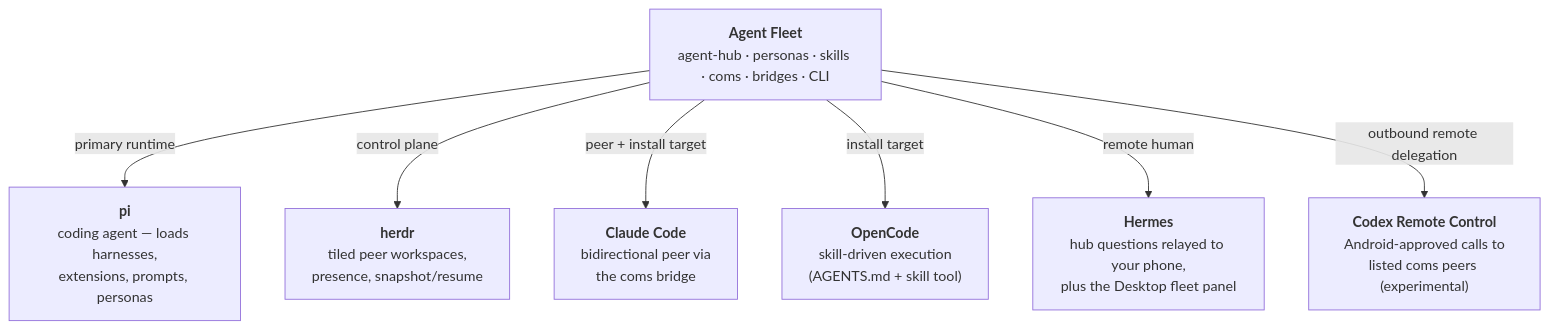
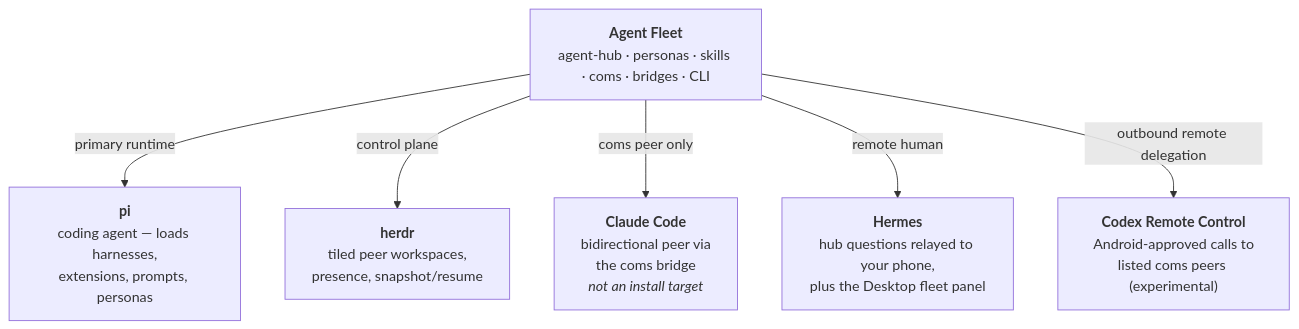
One commit to chankov/agent-fleet changed the second of 2 diagrams in .versions/0.0.11/docs/ARCHITECTURE.md. Above: the diagram before and after it, drawn with Mermaid. The commit also changed other lines of this file and 173 other files, not shown here.

````diff
--- a/.versions/0.0.11/docs/ARCHITECTURE.md
+++ b/.versions/0.0.11/docs/ARCHITECTURE.md
@@ -167,10 +167,9 @@
 ```mermaid
 flowchart TD
     AF["<b>Agent Fleet</b><br/>agent-hub · personas · skills · coms · bridges · CLI"]
     AF -->|primary runtime| PI["<b>pi</b><br/>coding agent — loads harnesses,<br/>extensions, prompts, personas"]
     AF -->|control plane| HERDR["<b>herdr</b><br/>tiled peer workspaces,<br/>presence, snapshot/resume"]
-    AF -->|peer + install target| CC["<b>Claude Code</b><br/>bidirectional peer via<br/>the coms bridge"]
-    AF -->|install target| OC["<b>OpenCode</b><br/>skill-driven execution<br/>(AGENTS.md + skill tool)"]
+    AF -->|coms peer only| CC["<b>Claude Code</b><br/>bidirectional peer via<br/>the coms bridge<br/><i>not an install target</i>"]
     AF -->|remote human| HERMES["<b>Hermes</b><br/>hub questions relayed to your phone,<br/>plus the Desktop fleet panel"]
     AF -->|outbound remote delegation| CODEX["<b>Codex Remote Control</b><br/>Android-approved calls to<br/>listed coms peers (experimental)"]
 ```
````
